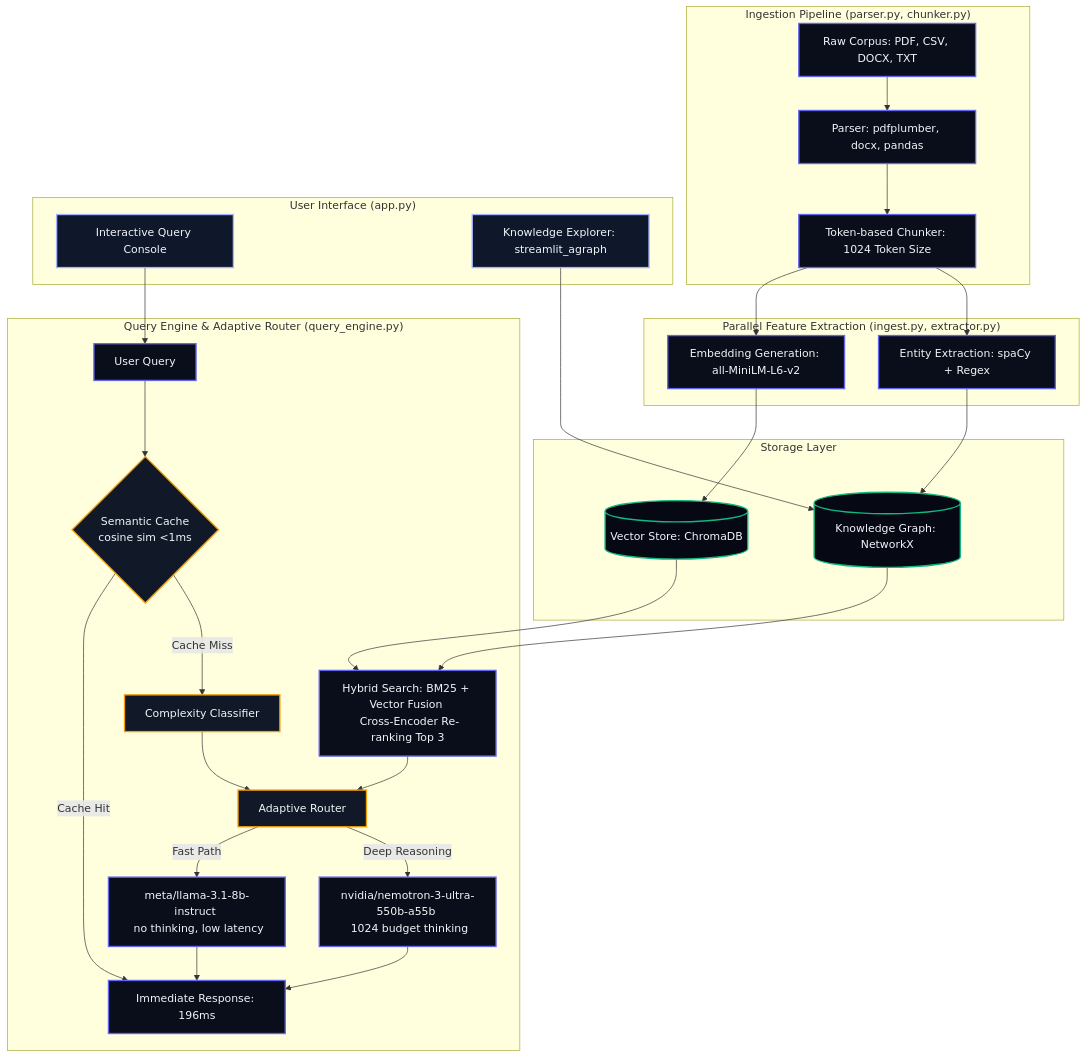
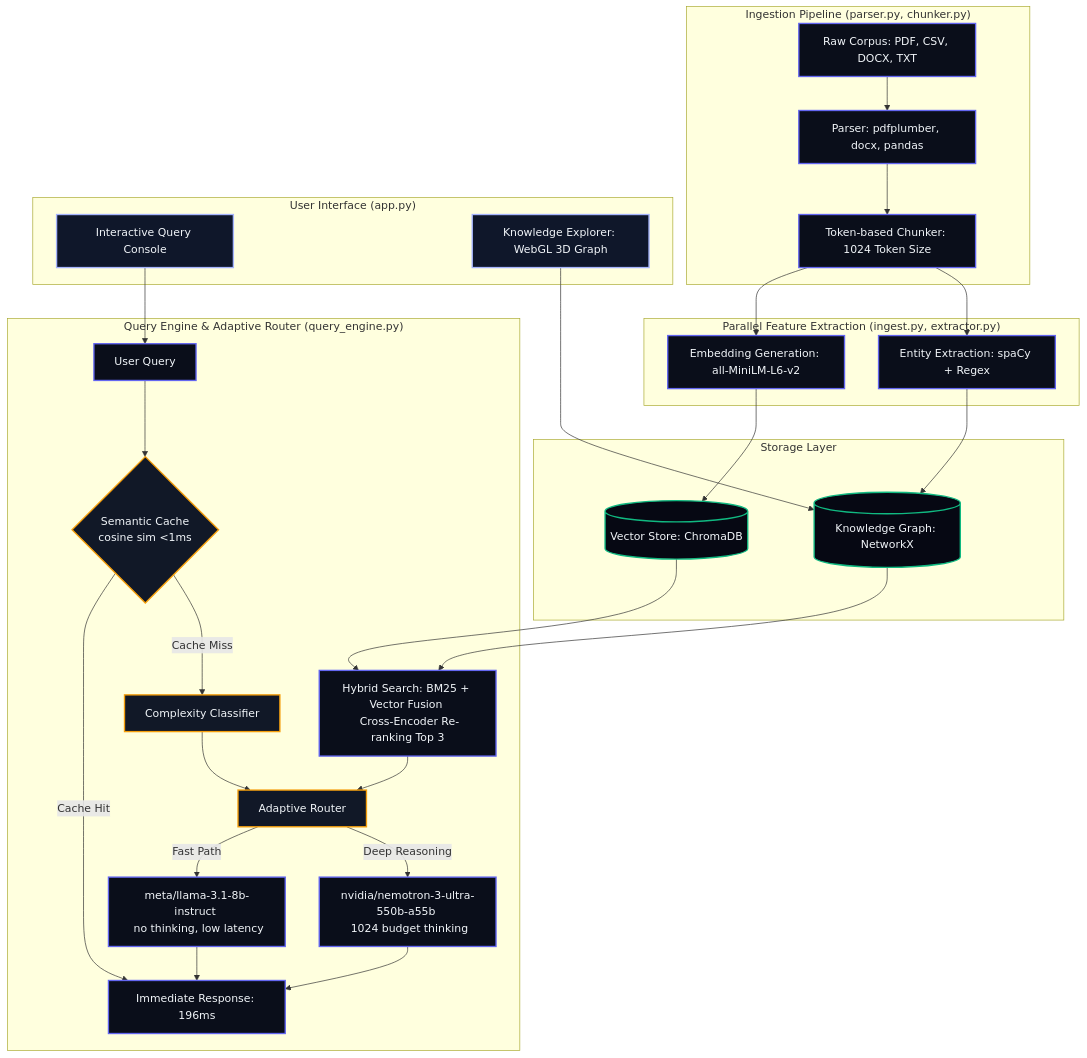
One commit to Shivala-08/economic-times-hackathon changed the diagram in README.md. Above: the diagram before and after it, drawn with Mermaid. The commit also changed other lines of this file, not shown here.

Commit message:
docs: upgrade README with scanned document fallback details, WebGL 3D graph navigation, and step-by-step user guide

````diff
--- a/README.md
+++ b/README.md
@@ -11,56 +11,56 @@
 ```mermaid
 flowchart TD
     %% Styling
     classDef default fill:#0a0e1a,stroke:#6366f1,stroke-width:2px,color:#f1f5f9;
     classDef storage fill:#060813,stroke:#10b981,stroke-width:2px,color:#f1f5f9;
     classDef router fill:#111827,stroke:#f59e0b,stroke-width:2px,color:#f1f5f9;
     classDef client fill:#0f172a,stroke:#a5b4fc,stroke-width:2px,color:#f1f5f9;
 
     %% Ingestion Pipeline
     subgraph Ingestion ["Ingestion Pipeline (parser.py, chunker.py)"]
         A[Raw Corpus: PDF, CSV, DOCX, TXT] --> B[Parser: pdfplumber, docx, pandas]
         B --> C[Token-based Chunker: 1024 Token Size]
     end
 
     %% Parallel Processing
     subgraph Parallel ["Parallel Feature Extraction (ingest.py, extractor.py)"]
         C --> D1[Embedding Generation: all-MiniLM-L6-v2]
         C --> D2[Entity Extraction: spaCy + Regex]
     end
 
     %% Storage Layer
     subgraph Storage ["Storage Layer"]
         D1 --> E1[(Vector Store: ChromaDB)]
         D2 --> E2[(Knowledge Graph: NetworkX)]
     end
 
     %% Query Engine & Adaptive Router
     subgraph Query ["Query Engine & Adaptive Router (query_engine.py)"]
         Q[User Query] --> SC{Semantic Cache <br/> cosine sim <1ms}
         SC -- Cache Hit --> Ans[Immediate Response: 196ms]
         SC -- Cache Miss --> CC[Complexity Classifier]
         
         CC --> R[Adaptive Router]
         R -- Fast Path --> FP[meta/llama-3.1-8b-instruct <br/> no thinking, low latency]
         R -- Deep Reasoning --> DP[nvidia/nemotron-3-ultra-550b-a55b <br/> 1024 budget thinking]
         
         %% Context Assembly
         E1 --> CA[Hybrid Search: BM25 + Vector Fusion <br/> Cross-Encoder Re-ranking Top 3]
         E2 --> CA
         CA --> R
         
         FP --> Ans
         DP --> Ans
     end
 
     %% UI Consumers
     subgraph UI ["User Interface (app.py)"]
         Cons[Interactive Query Console] --> Q
-        KE[Knowledge Explorer: streamlit_agraph] --> E2
+        KE[Knowledge Explorer: WebGL 3D Graph] --> E2
     end
 
     %% Styles
     class E1,E2 storage;
     class SC,CC,R router;
     class Cons,KE client;
 ```
````
